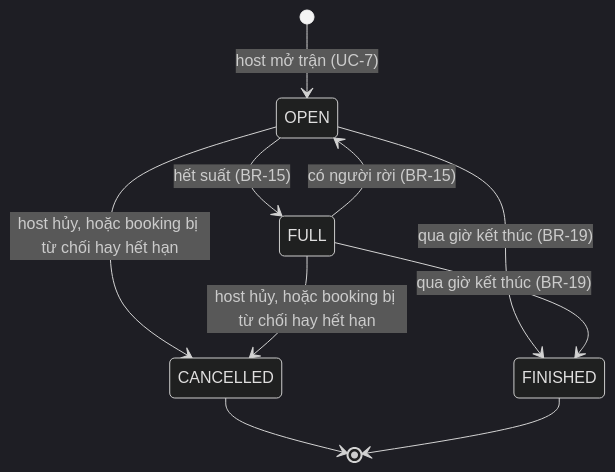
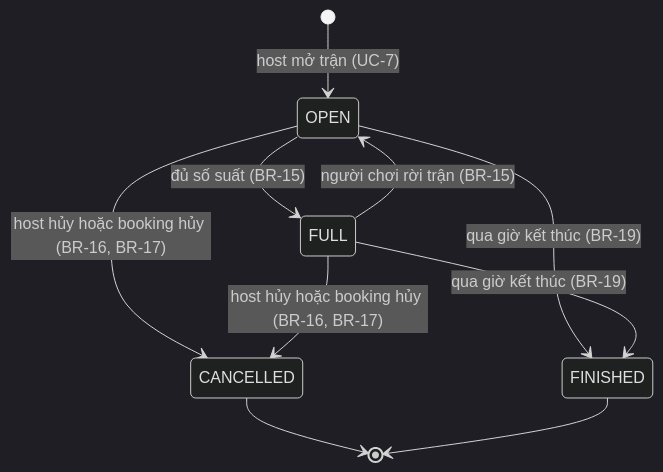
Before and after one commit to Tlerd/MON-Sport: the eighth of 9 diagrams in docs/requirements/models.md, drawn with Mermaid (dark theme). The commit also changed other lines of this file, not shown here.

First line of the commit message:
docs: models, diagrams and CRUD matrix

````diff
--- a/docs/requirements/models.md
+++ b/docs/requirements/models.md
@@ -52,12 +226,12 @@
 ```mermaid
 stateDiagram-v2
-  [*] --> OPEN : host mở trận (UC-7)
-  OPEN --> FULL : hết suất (BR-15)
-  FULL --> OPEN : có người rời (BR-15)
-  OPEN --> CANCELLED : host hủy, hoặc booking bị từ chối hay hết hạn
-  FULL --> CANCELLED : host hủy, hoặc booking bị từ chối hay hết hạn
-  OPEN --> FINISHED : qua giờ kết thúc (BR-19)
-  FULL --> FINISHED : qua giờ kết thúc (BR-19)
-  CANCELLED --> [*]
-  FINISHED --> [*]
+    [*] --> OPEN : host mở trận (UC-7)
+    OPEN --> FULL : đủ số suất (BR-15)
+    FULL --> OPEN : người chơi rời trận (BR-15)
+    OPEN --> CANCELLED : host hủy hoặc booking hủy (BR-16, BR-17)
+    FULL --> CANCELLED : host hủy hoặc booking hủy (BR-16, BR-17)
+    OPEN --> FINISHED : qua giờ kết thúc (BR-19)
+    FULL --> FINISHED : qua giờ kết thúc (BR-19)
+    CANCELLED --> [*]
+    FINISHED --> [*]
 ```
````
